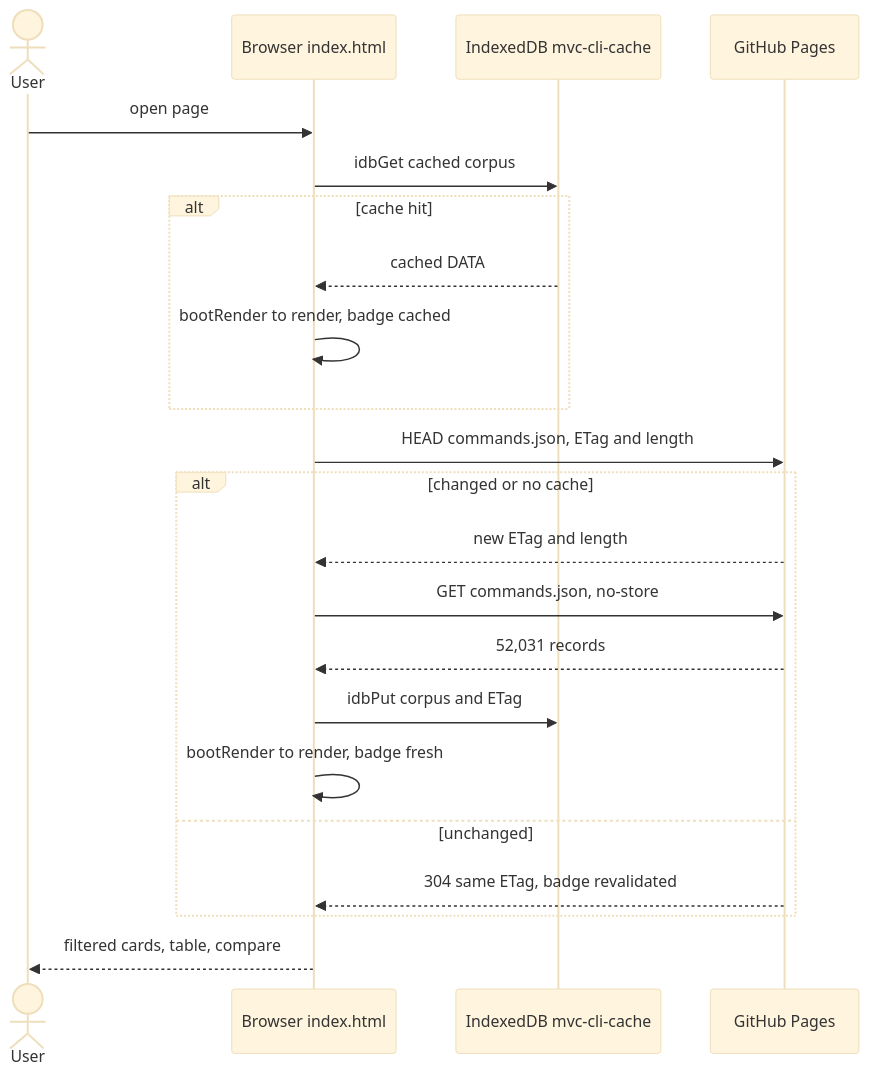
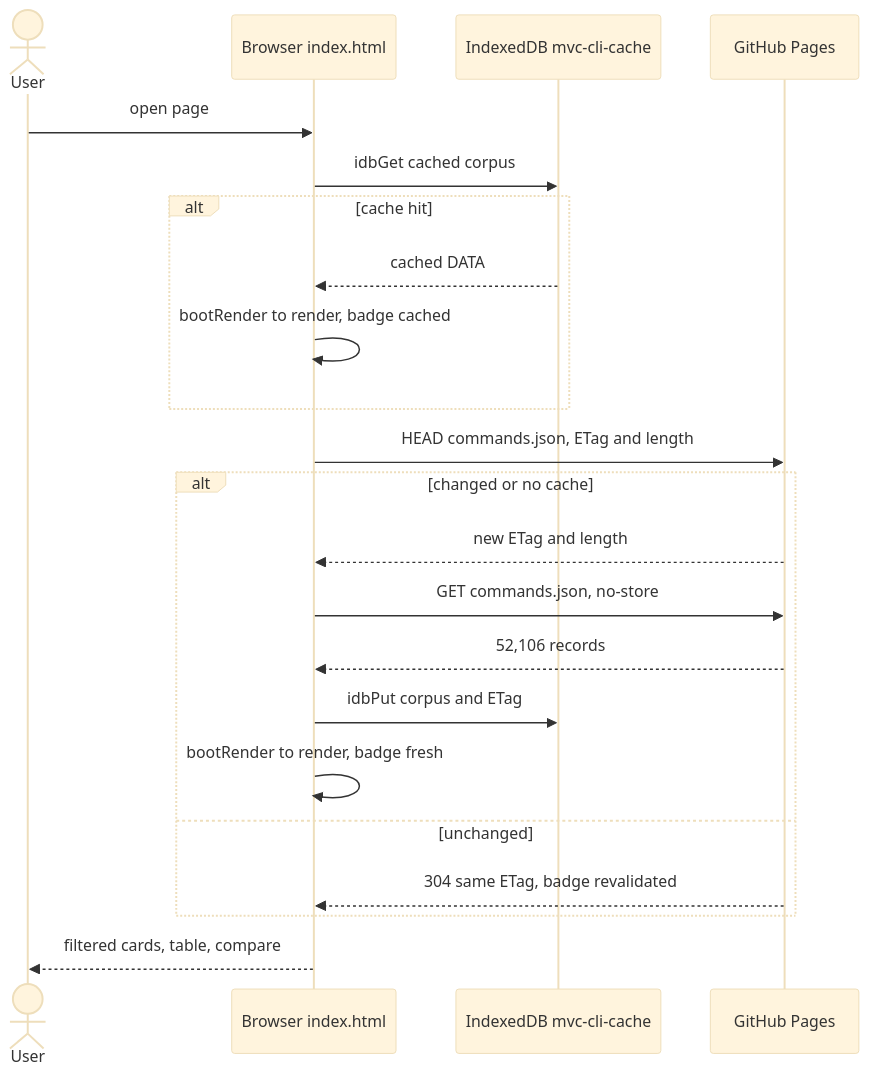
The third of 6 diagrams in docs/ARCHITECTURE.md (gesh75/multivendor-cli-configurator), drawn with Mermaid (base theme) before and after one commit. The commit also changed other lines of this file and 4 other files, not shown here.

````diff
--- a/docs/ARCHITECTURE.md
+++ b/docs/ARCHITECTURE.md
@@ -120,25 +120,25 @@
 ```mermaid
 sequenceDiagram
     actor User
     participant B as Browser index.html
     participant IDB as IndexedDB mvc-cli-cache
     participant CDN as GitHub Pages
 
     User->>B: open page
     B->>IDB: idbGet cached corpus
     alt cache hit
         IDB-->>B: cached DATA
         B->>B: bootRender to render, badge cached
     end
     B->>CDN: HEAD commands.json, ETag and length
     alt changed or no cache
         CDN-->>B: new ETag and length
         B->>CDN: GET commands.json, no-store
-        CDN-->>B: 52,031 records
+        CDN-->>B: 52,106 records
         B->>IDB: idbPut corpus and ETag
         B->>B: bootRender to render, badge fresh
     else unchanged
         CDN-->>B: 304 same ETag, badge revalidated
     end
     B-->>User: filtered cards, table, compare
 ```
````
